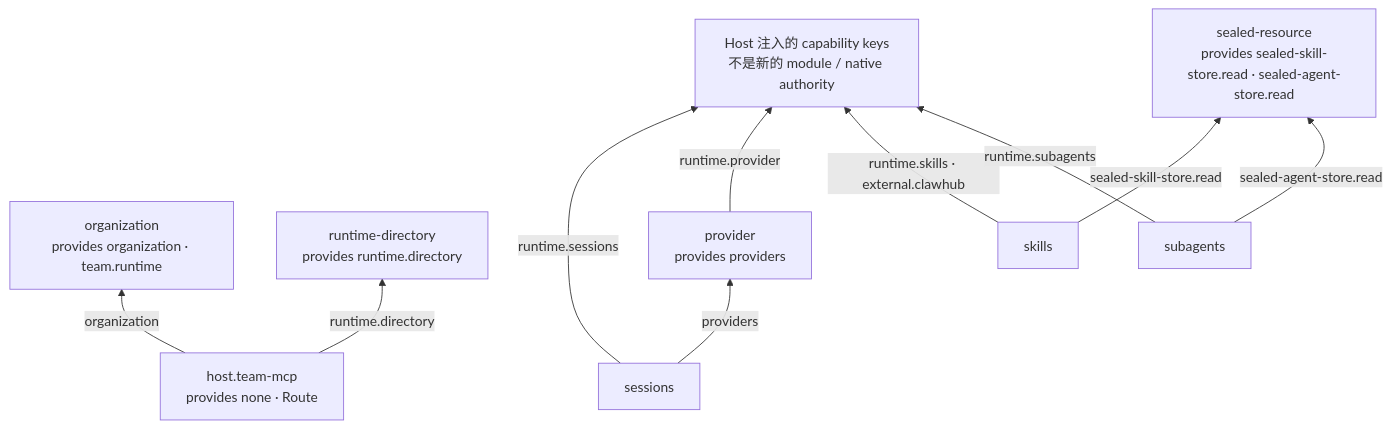
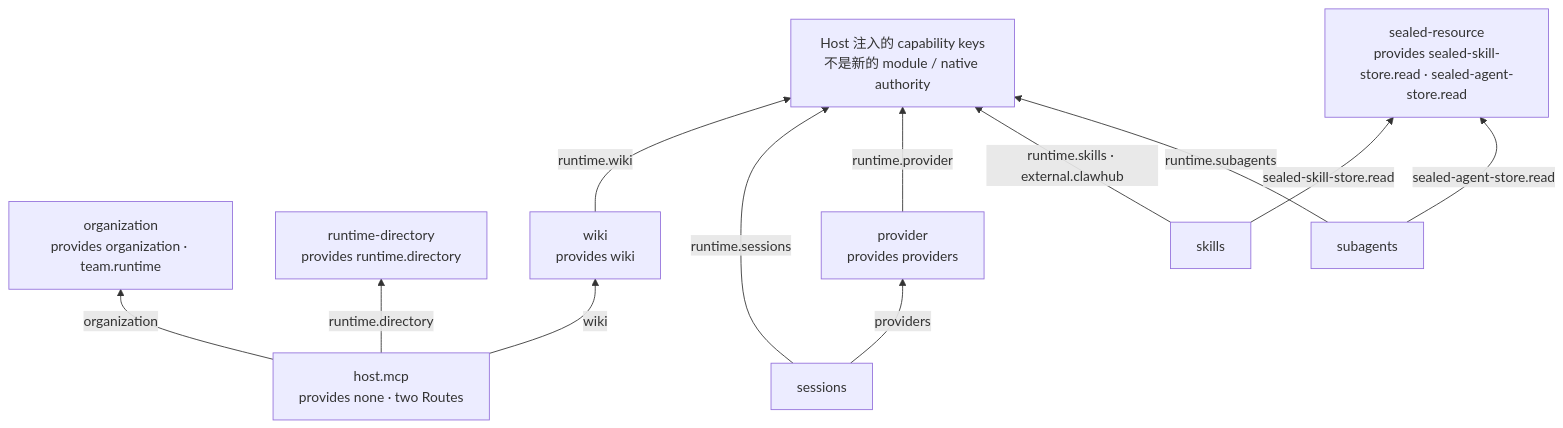
Before and after one commit to hellowKeyzj/Matcha-claw: the fifth of 7 diagrams in docs/architecture/layered-architecture.md, drawn with Mermaid. The commit also changed other lines of this file and 397 other files, not shown here.

````diff
--- a/docs/architecture/layered-architecture.md
+++ b/docs/architecture/layered-architecture.md
@@ -436,22 +437,25 @@
 ```mermaid
 flowchart BT
   Organization["organization\nprovides organization · team.runtime"]
   Directory["runtime-directory\nprovides runtime.directory"]
-  Mcp["host.team-mcp\nprovides none · Route"]
+  Wiki["wiki\nprovides wiki"]
+  Mcp["host.mcp\nprovides none · two Routes"]
   Sessions["sessions"]
   Provider["provider\nprovides providers"]
   Sealed["sealed-resource\nprovides sealed-skill-store.read · sealed-agent-store.read"]
   Skills[skills]
   Subagents[subagents]
   Injected["Host 注入的 capability keys\n不是新的 module / native authority"]
 
   Mcp -->|organization| Organization
   Mcp -->|runtime.directory| Directory
+  Mcp -->|wiki| Wiki
+  Wiki -->|runtime.wiki| Injected
   Sessions -->|providers| Provider
   Sessions -->|runtime.sessions| Injected
   Provider -->|runtime.provider| Injected
   Skills -->|sealed-skill-store.read| Sealed
   Skills -->|runtime.skills · external.clawhub| Injected
   Subagents -->|sealed-agent-store.read| Sealed
   Subagents -->|runtime.subagents| Injected
 ```
````
